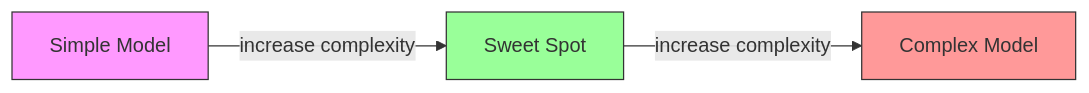
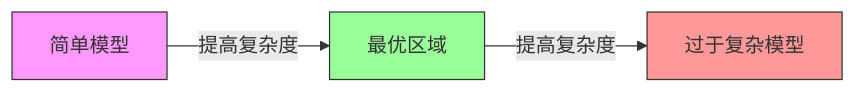
Before and after one commit to omigaZen/ai-engineering-from-scratch: the first of 5 diagrams in phases/02-ml-fundamentals/10-bias-variance/docs/zh.md, drawn with Mermaid. The commit also changed other lines of this file, not shown here.

````diff
--- a/phases/02-ml-fundamentals/10-bias-variance/docs/zh.md
+++ b/phases/02-ml-fundamentals/10-bias-variance/docs/zh.md
@@ -97,9 +78,9 @@
 ```mermaid
 graph LR
-    A[Simple Model] -->|increase complexity| B[Sweet Spot]
-    B -->|increase complexity| C[Complex Model]
+    A[简单模型] -->|提高复杂度| B[最优区域]
+    B -->|提高复杂度| C[过于复杂模型]
 
     style A fill:#f9f,stroke:#333
     style B fill:#9f9,stroke:#333
     style C fill:#f99,stroke:#333
 ```
````
